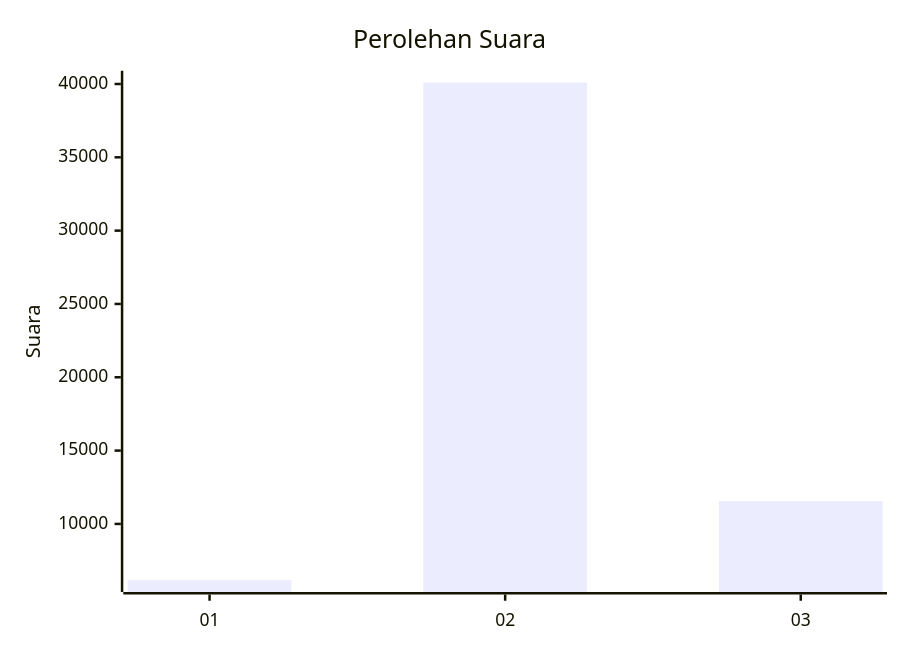
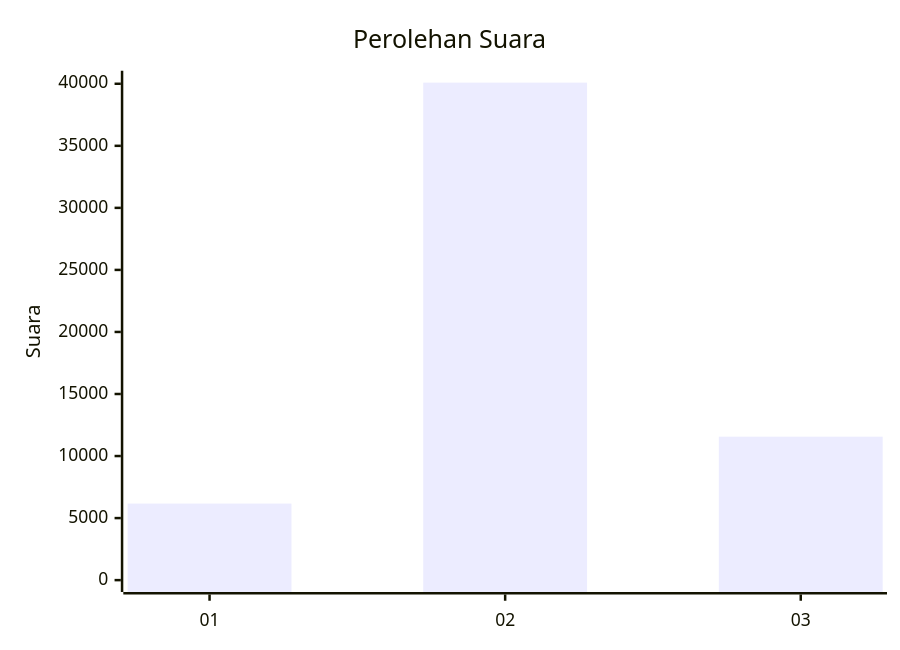
One commit to gigit-pemilu/pemilu-2024 changed the first of 2 diagrams in pilpres/hitung-suara/sub/table-wilayah-93.md. Above: the diagram before and after it, drawn with Mermaid. The commit also changed 42 other files, not shown here.

````diff
--- a/pilpres/hitung-suara/sub/table-wilayah-93.md
+++ b/pilpres/hitung-suara/sub/table-wilayah-93.md
@@ -7,7 +7,7 @@
 ```mermaid
 xychart-beta
     title "Perolehan Suara"
     x-axis [01, 02, 03]
-    y-axis "Suara"
+    y-axis "Suara" 0 --> 40093
     bar [6167, 40093, 11562]
 ```
````
